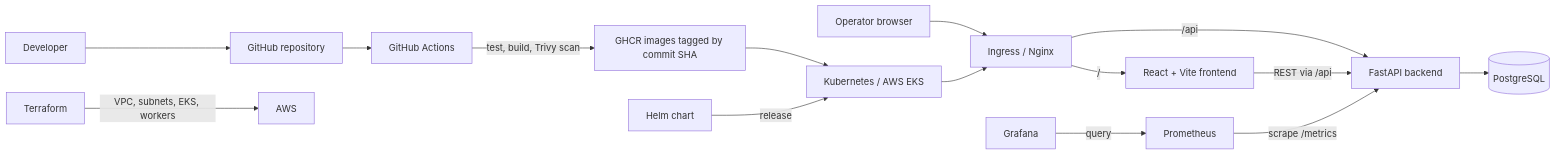
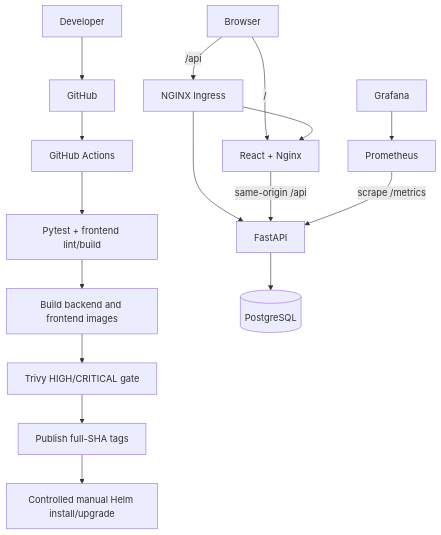
Before and after one commit to Aana-1025/incidentops-devops-capstone: the first of 3 diagrams in ARCHITECTURE.md, drawn with Mermaid. The commit also changed other lines of this file and 49 other files, not shown here.

````diff
--- a/ARCHITECTURE.md
+++ b/ARCHITECTURE.md
@@ -9,18 +9,19 @@
 ```mermaid
-flowchart LR
-    User[Operator browser] --> Ingress[Ingress / Nginx]
-    Ingress -->|/| UI[React + Vite frontend]
-    Ingress -->|/api| API[FastAPI backend]
-    UI -->|REST via /api| API
-    API --> DB[(PostgreSQL)]
-    Prom[Prometheus] -->|scrape /metrics| API
-    Grafana -->|query| Prom
+flowchart TB
+    Developer --> GitHub
+    GitHub --> Actions[GitHub Actions]
+    Actions --> Quality[Pytest + frontend lint/build]
+    Quality --> Images[Build backend and frontend images]
+    Images --> Trivy[Trivy HIGH/CRITICAL gate]
+    Trivy --> GHCR[Publish full-SHA tags]
+    GHCR --> Helm[Controlled manual Helm install/upgrade]
 
-    Dev[Developer] --> GitHub[GitHub repository]
-    GitHub --> Actions[GitHub Actions]
-    Actions -->|test, build, Trivy scan| GHCR[GHCR images tagged by commit SHA]
-    GHCR --> K8s[Kubernetes / AWS EKS]
-    Terraform[Terraform] -->|VPC, subnets, EKS, workers| AWS[AWS]
-    Helm[Helm chart] -->|release| K8s
-    K8s --> Ingress
+    Browser -->|/| Frontend[React + Nginx]
+    Browser -->|/api| Ingress[NGINX Ingress]
+    Ingress --> Frontend
+    Ingress --> Backend[FastAPI]
+    Frontend -->|same-origin /api| Backend
+    Backend --> PostgreSQL[(PostgreSQL)]
+    Prometheus -->|scrape /metrics| Backend
+    Grafana --> Prometheus
 ```
````
